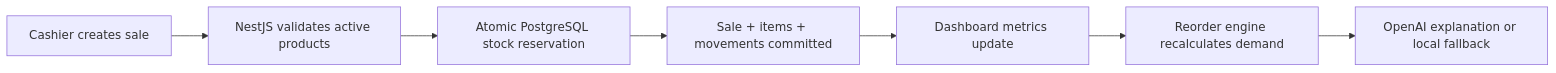
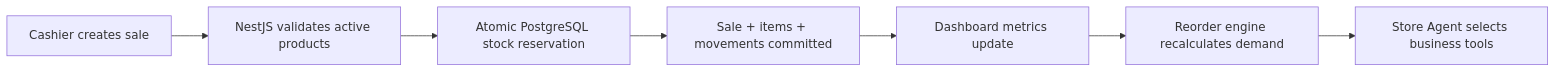
One commit to YuJieMichael/smartDepanneur changed the diagram in README.md. Above: the diagram before and after it, drawn with Mermaid. The commit also changed other lines of this file and 19 other files, not shown here.

Commit message:
Add multilingual store agent

````diff
--- a/README.md
+++ b/README.md
@@ -25,9 +25,9 @@
 ```mermaid
 flowchart LR
   A["Cashier creates sale"] --> B["NestJS validates active products"]
   B --> C["Atomic PostgreSQL stock reservation"]
   C --> D["Sale + items + movements committed"]
   D --> E["Dashboard metrics update"]
   E --> F["Reorder engine recalculates demand"]
-  F --> G["OpenAI explanation or local fallback"]
+  F --> G["Store Agent selects business tools"]
 ```
````
